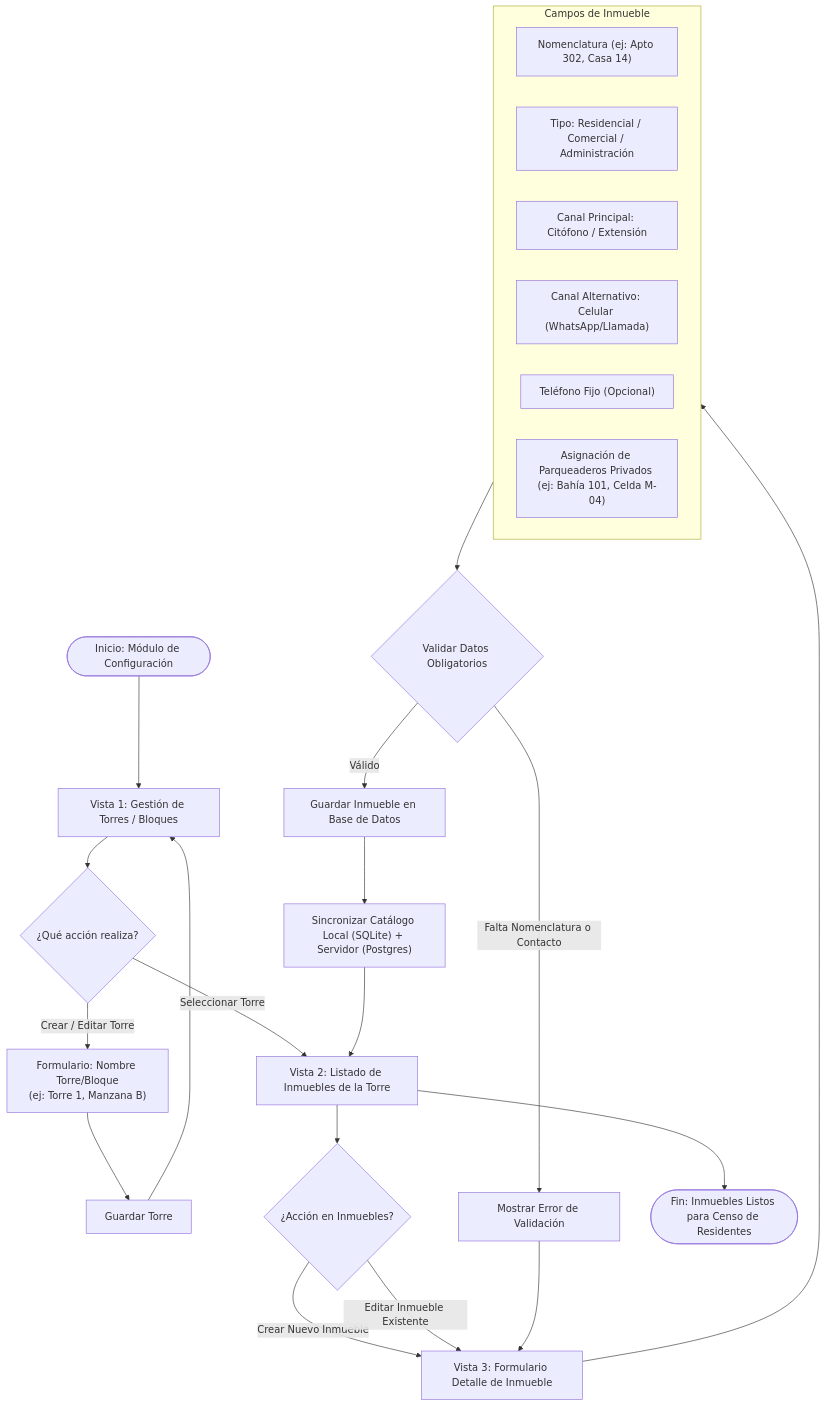
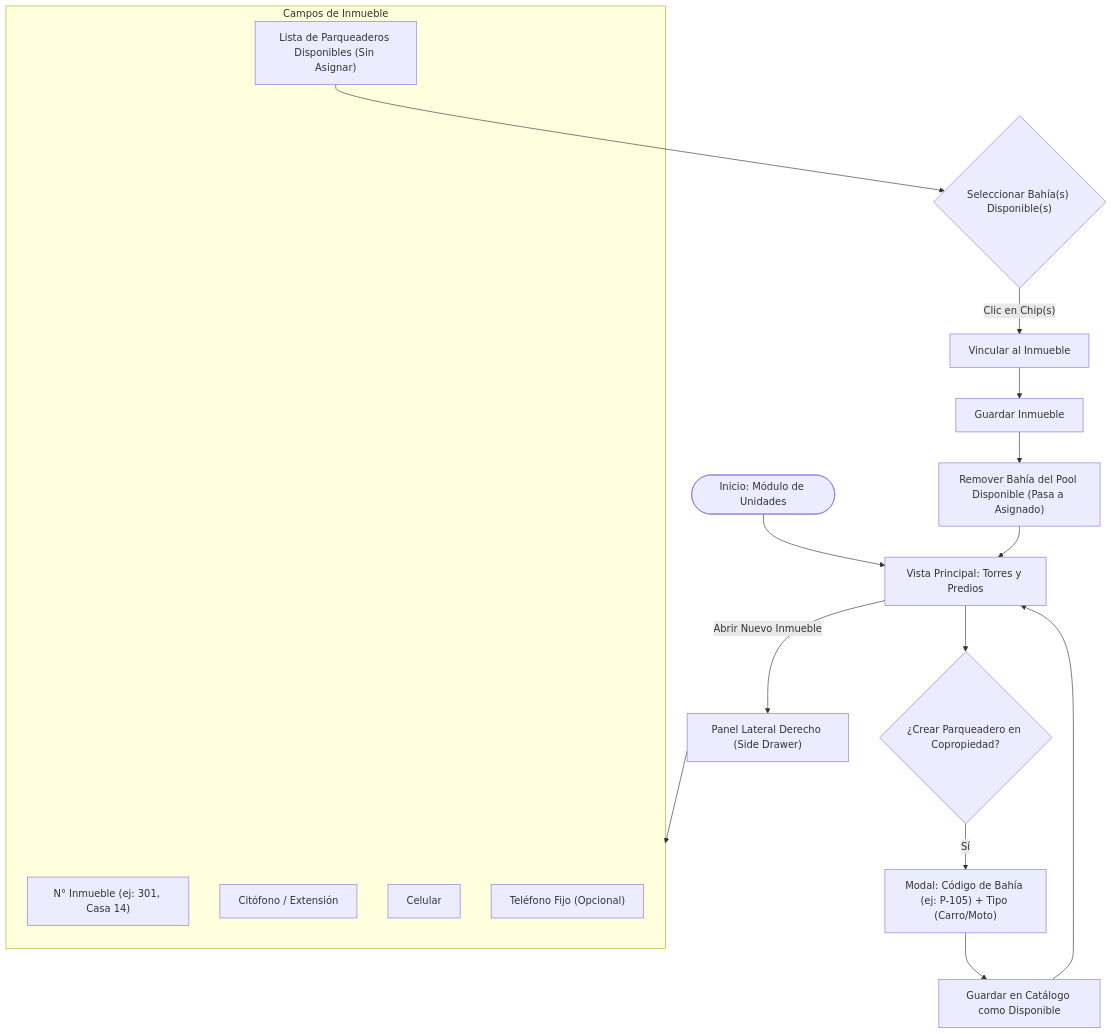
Before and after one commit to cr1c4rd0/Mamori: the diagram in docs/01_descubrimiento/flujos_de_proceso/01_flujo_gestion_unidades.md, drawn with Mermaid. The commit also changed other lines of this file and 8 other files, not shown here.

Commit message:
feat: initialize desktop client, server, and shared crates with Slint UI and unit management flow

````diff
--- a/docs/01_descubrimiento/flujos_de_proceso/01_flujo_gestion_unidades.md
+++ b/docs/01_descubrimiento/flujos_de_proceso/01_flujo_gestion_unidades.md
@@ -25,33 +26,26 @@
 ```mermaid
 flowchart TD
-    START(["Inicio: Módulo de Configuración"]) --> V1["Vista 1: Gestión de Torres / Bloques"]
+    START(["Inicio: Módulo de Unidades"]) --> V1["Vista Principal: Torres y Predios"]
     
-    V1 --> ACC_TORRE{"¿Qué acción realiza?"}
-    ACC_TORRE -->|"Crear / Editar Torre"| FORM_TORRE["Formulario: Nombre Torre/Bloque<br/>(ej: Torre 1, Manzana B)"]
-    FORM_TORRE --> SAVE_T["Guardar Torre"] --> V1
+    V1 --> ACC_PARK{"¿Crear Parqueadero en Copropiedad?"}
+    ACC_PARK -->|"Sí"| FORM_PARK["Modal: Código de Bahía (ej: P-105) + Tipo (Carro/Moto)"]
+    FORM_PARK --> SAVE_PARK["Guardar en Catálogo como Disponible"] --> V1
     
-    ACC_TORRE -->|"Seleccionar Torre"| V2["Vista 2: Listado de Inmuebles de la Torre"]
-    
-    V2 --> ACC_INM{"¿Acción en Inmuebles?"}
-    ACC_INM -->|"Crear Nuevo Inmueble"| FORM_INM["Vista 3: Formulario Detalle de Inmueble"]
-    ACC_INM -->|"Editar Inmueble Existente"| FORM_INM
+    V1 -->|"Abrir Nuevo Inmueble"| DRAWER["Panel Lateral Derecho (Side Drawer)"]
     
     subgraph Formulario_Inmueble ["Campos de Inmueble"]
-        F1["Nomenclatura (ej: Apto 302, Casa 14)"]
-        F2["Tipo: Residencial / Comercial / Administración"]
-        F3["Canal Principal: Citófono / Extensión"]
-        F4["Canal Alternativo: Celular (WhatsApp/Llamada)"]
-        F5["Teléfono Fijo (Opcional)"]
-        F6["Asignación de Parqueaderos Privados (ej: Bahía 101, Celda M-04)"]
+        F1["N° Inmueble (ej: 301, Casa 14)"]
+        F2["Citófono / Extensión"]
+        F3["Celular"]
+        F4["Teléfono Fijo (Opcional)"]
+        F5["Lista de Parqueaderos Disponibles (Sin Asignar)"]
     end
     
-    FORM_INM --> Formulario_Inmueble
-    Formulario_Inmueble --> VAL{"Validar Datos Obligatorios"}
+    DRAWER --> Formulario_Inmueble
+    F5 --> SELECT_PARK{"Seleccionar Bahía(s) Disponible(s)"}
+    SELECT_PARK -->|"Clic en Chip(s)"| ADD_TO_UNIT["Vincular al Inmueble"]
     
-    VAL -->|"Falta Nomenclatura o Contacto"| ERR["Mostrar Error de Validación"] --> FORM_INM
-    VAL -->|"Válido"| SAVE_INM["Guardar Inmueble en Base de Datos"]
-    
-    SAVE_INM --> SYNC["Sincronizar Catálogo Local (SQLite) + Servidor (Postgres)"]
-    SYNC --> V2
-    V2 --> FIN(["Fin: Inmuebles Listos para Censo de Residentes"])
+    ADD_TO_UNIT --> SAVE_INM["Guardar Inmueble"]
+    SAVE_INM --> REMOVE_AVAIL["Remover Bahía del Pool Disponible (Pasa a Asignado)"]
+    REMOVE_AVAIL --> V1
 ```
````
